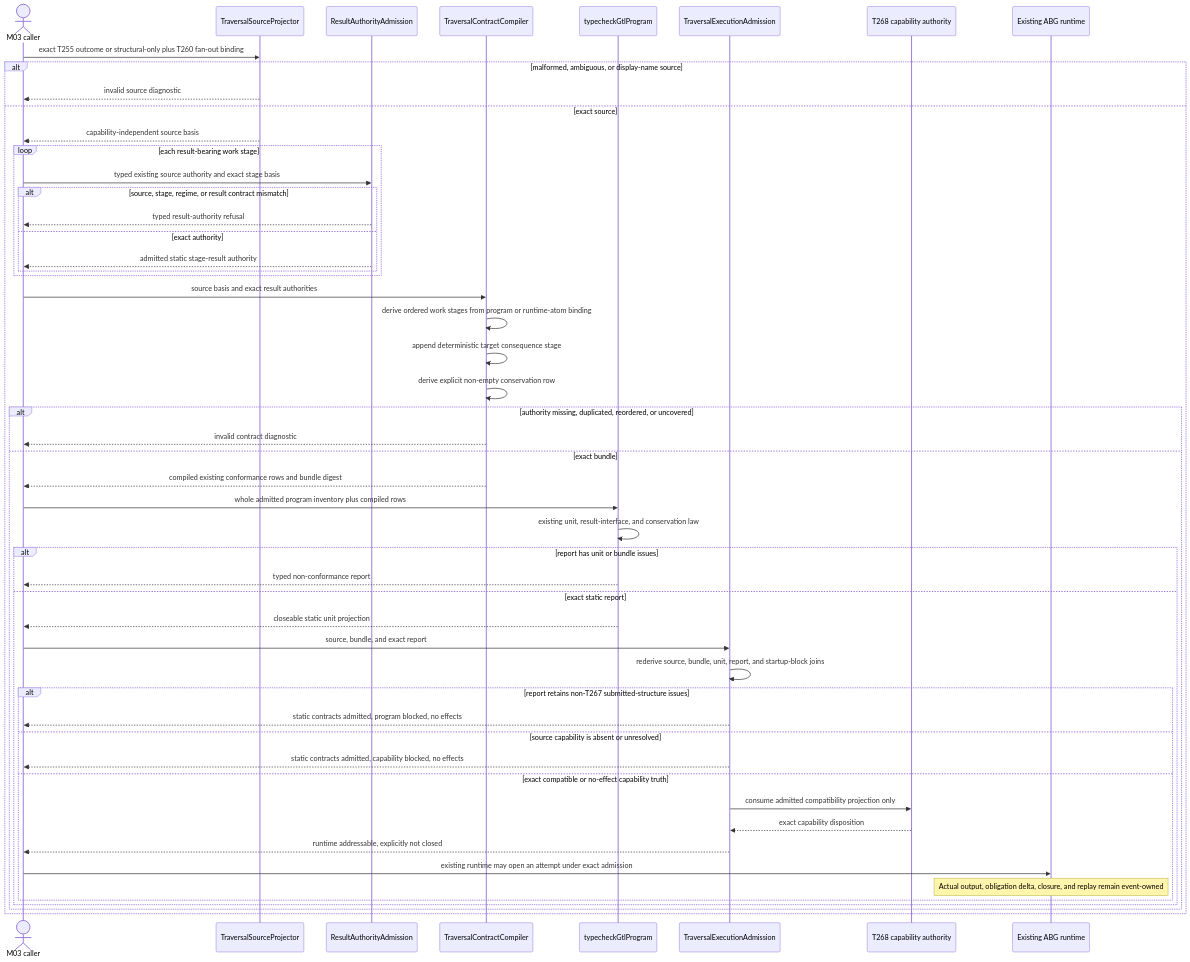
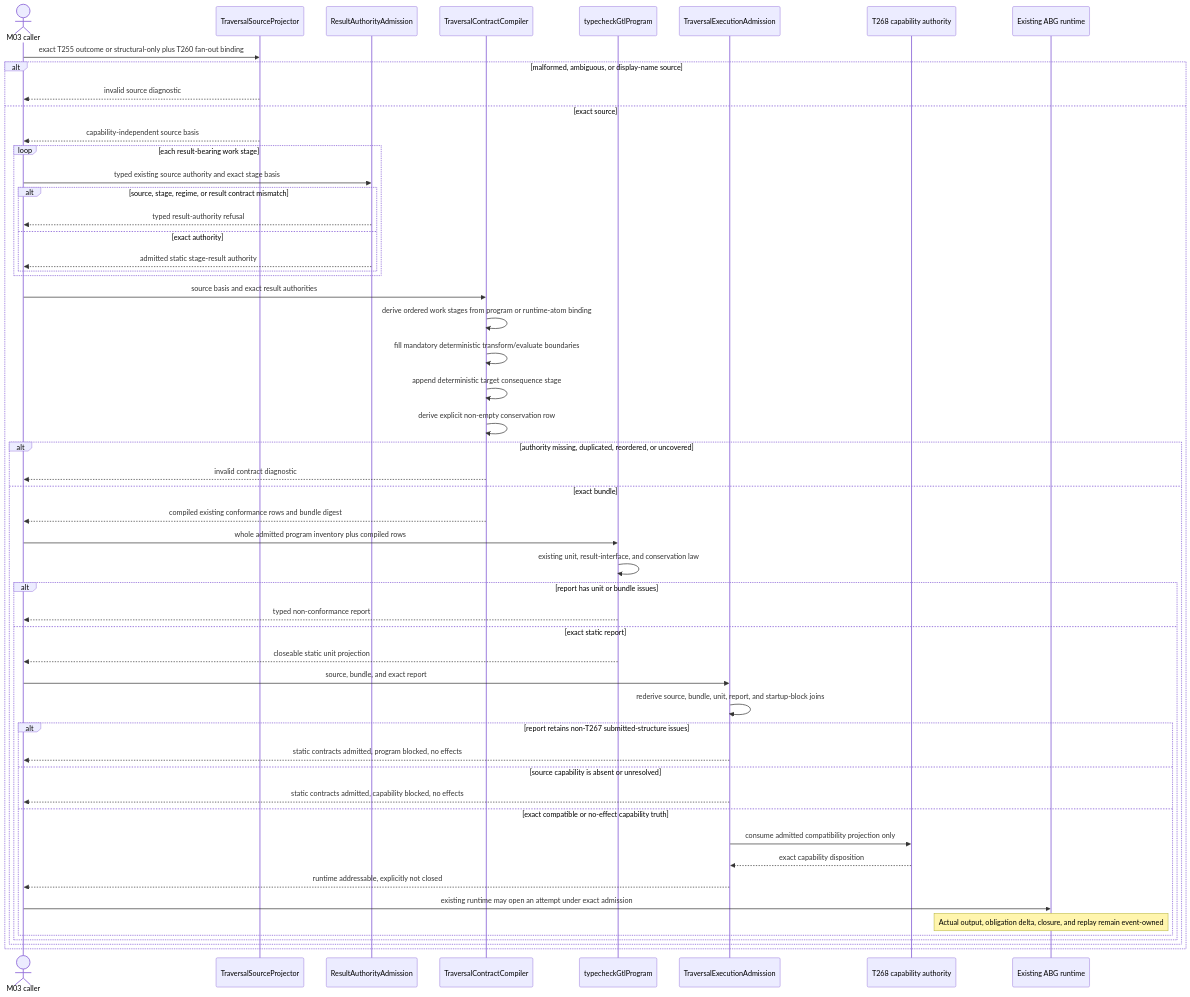
Before and after one commit to foolishimp/abiogenesis: the second of 3 diagrams in build_tenants/abiogenesis/typescript/design/M03_TRAVERSAL_RESULT_BIND_CONSERVATION_BEHAVIOR_DESIGN.md, drawn with Mermaid. The commit also changed other lines of this file and 3 other files, not shown here.

Commit message:
design(abg): bind t267 mandatory stage slots

````diff
--- a/build_tenants/abiogenesis/typescript/design/M03_TRAVERSAL_RESULT_BIND_CONSERVATION_BEHAVIOR_DESIGN.md
+++ b/build_tenants/abiogenesis/typescript/design/M03_TRAVERSAL_RESULT_BIND_CONSERVATION_BEHAVIOR_DESIGN.md
@@ -434,55 +451,56 @@
 ```mermaid
 sequenceDiagram
   actor Caller as M03 caller
   participant Source as TraversalSourceProjector
   participant Result as ResultAuthorityAdmission
   participant Compiler as TraversalContractCompiler
   participant Typecheck as typecheckGtlProgram
   participant Gate as TraversalExecutionAdmission
   participant Capability as T268 capability authority
   participant Runtime as Existing ABG runtime
 
   Caller->>Source: exact T255 outcome or structural-only plus T260 fan-out binding
   alt malformed, ambiguous, or display-name source
     Source-->>Caller: invalid source diagnostic
   else exact source
     Source-->>Caller: capability-independent source basis
     loop each result-bearing work stage
       Caller->>Result: typed existing source authority and exact stage basis
       alt source, stage, regime, or result contract mismatch
         Result-->>Caller: typed result-authority refusal
       else exact authority
         Result-->>Caller: admitted static stage-result authority
       end
     end
-    Caller->>Compiler: source basis and exact result authorities
-    Compiler->>Compiler: derive ordered work stages from program or runtime-atom binding
-    Compiler->>Compiler: append deterministic target consequence stage
+      Caller->>Compiler: source basis and exact result authorities
+      Compiler->>Compiler: derive ordered work stages from program or runtime-atom binding
+      Compiler->>Compiler: fill mandatory deterministic transform/evaluate boundaries
+      Compiler->>Compiler: append deterministic target consequence stage
     Compiler->>Compiler: derive explicit non-empty conservation row
     alt authority missing, duplicated, reordered, or uncovered
       Compiler-->>Caller: invalid contract diagnostic
     else exact bundle
       Compiler-->>Caller: compiled existing conformance rows and bundle digest
       Caller->>Typecheck: whole admitted program inventory plus compiled rows
       Typecheck->>Typecheck: existing unit, result-interface, and conservation law
       alt report has unit or bundle issues
         Typecheck-->>Caller: typed non-conformance report
       else exact static report
         Typecheck-->>Caller: closeable static unit projection
         Caller->>Gate: source, bundle, and exact report
         Gate->>Gate: rederive source, bundle, unit, report, and startup-block joins
         alt report retains non-T267 submitted-structure issues
           Gate-->>Caller: static contracts admitted, program blocked, no effects
         else source capability is absent or unresolved
           Gate-->>Caller: static contracts admitted, capability blocked, no effects
         else exact compatible or no-effect capability truth
           Gate->>Capability: consume admitted compatibility projection only
           Capability-->>Gate: exact capability disposition
           Gate-->>Caller: runtime addressable, explicitly not closed
           Caller->>Runtime: existing runtime may open an attempt under exact admission
           Note over Runtime: Actual output, obligation delta, closure, and replay remain event-owned
         end
       end
     end
   end
 ```
````
